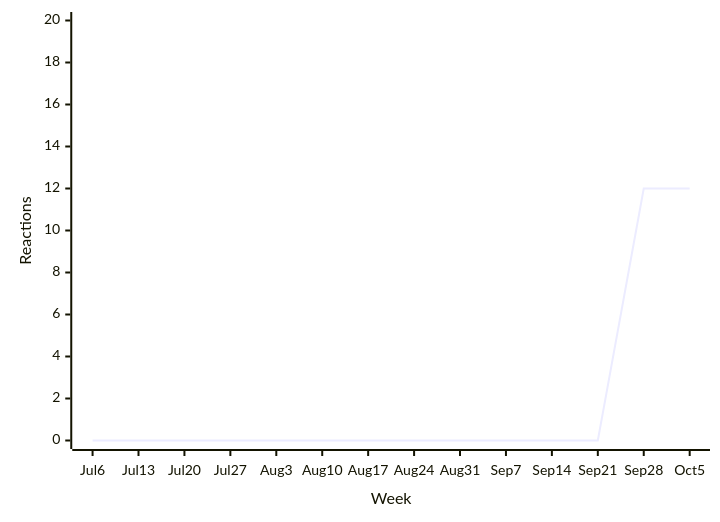
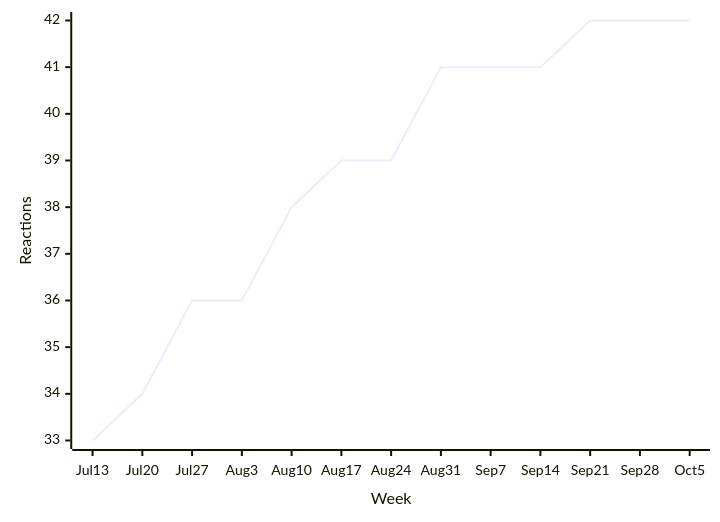
Before and after one commit to loic-sharma/github-insights: diagram 14 of 34 in README.md, drawn with Mermaid. The commit also changed other lines of this file and 3 other files, not shown here.

````diff
--- a/README.md
+++ b/README.md
@@ -545,6 +545,6 @@
   ```mermaid
   xychart-beta
-    x-axis "Week" [Jul 6, Jul 13, Jul 20, Jul 27, Aug 3, Aug 10, Aug 17, Aug 24, Aug 31, Sep 7, Sep 14, Sep 21, Sep 28, Oct 5]
-    y-axis "Reactions" 0 --> 20
-    line [0, 0, 0, 0, 0, 0, 0, 0, 0, 0, 0, 0, 12, 12]
+    x-axis "Week" [Jul 13, Jul 20, Jul 27, Aug 3, Aug 10, Aug 17, Aug 24, Aug 31, Sep 7, Sep 14, Sep 21, Sep 28, Oct 5]
+    y-axis "Reactions"
+    line [33, 34, 36, 36, 38, 39, 39, 41, 41, 41, 42, 42, 42]
   ```
````
